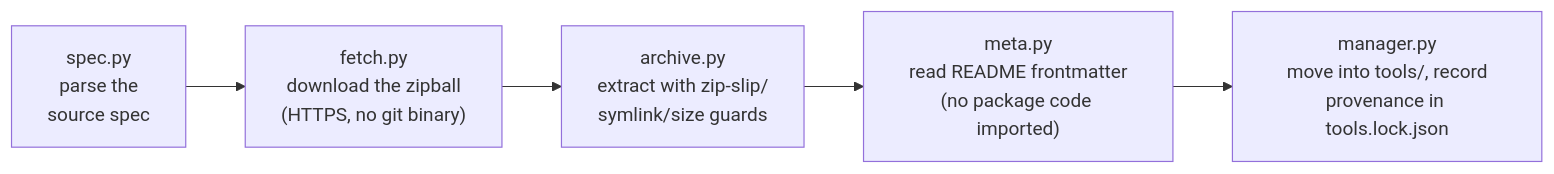
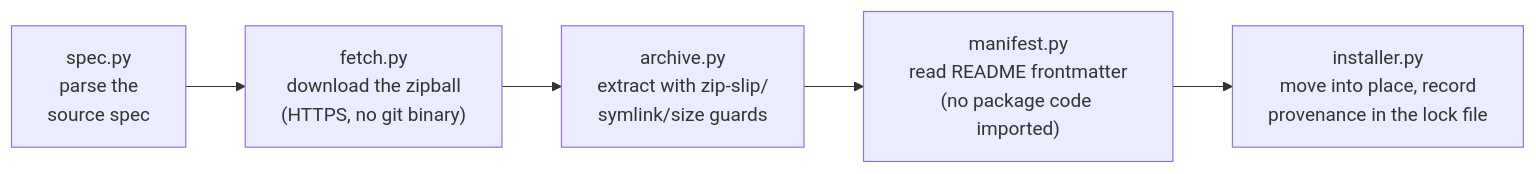
The third of 3 diagrams in docs/architecture.md (lesysbot/lesysbot), drawn with Mermaid before and after one commit. The commit also changed other lines of this file and 38 other files, not shown here.

````diff
--- a/docs/architecture.md
+++ b/docs/architecture.md
@@ -328,4 +353,4 @@
 ```mermaid
 flowchart LR
-    spec["spec.py<br>parse the<br>source spec"] --> fetch["fetch.py<br>download the zipball<br>(HTTPS, no git binary)"] --> archive["archive.py<br>extract with zip-slip/<br>symlink/size guards"] --> meta["meta.py<br>read README frontmatter<br>(no package code imported)"] --> manager["manager.py<br>move into tools/, record<br>provenance in tools.lock.json"]
+    spec["spec.py<br>parse the<br>source spec"] --> fetch["fetch.py<br>download the zipball<br>(HTTPS, no git binary)"] --> archive["archive.py<br>extract with zip-slip/<br>symlink/size guards"] --> manifest["manifest.py<br>read README frontmatter<br>(no package code imported)"] --> installer["installer.py<br>move into place, record<br>provenance in the lock file"]
 ```
````
